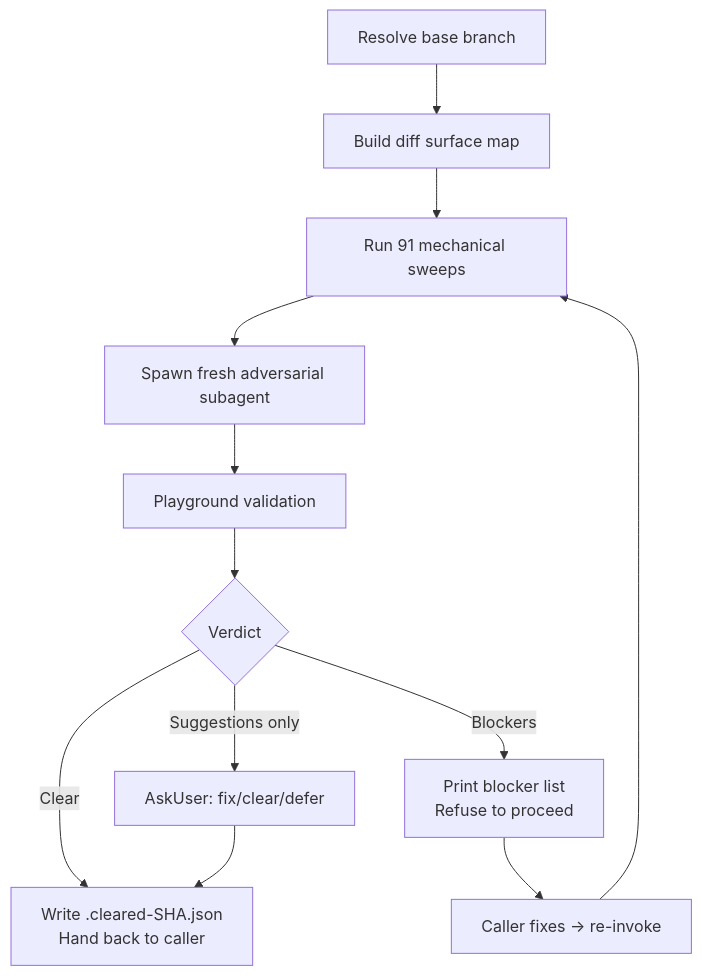
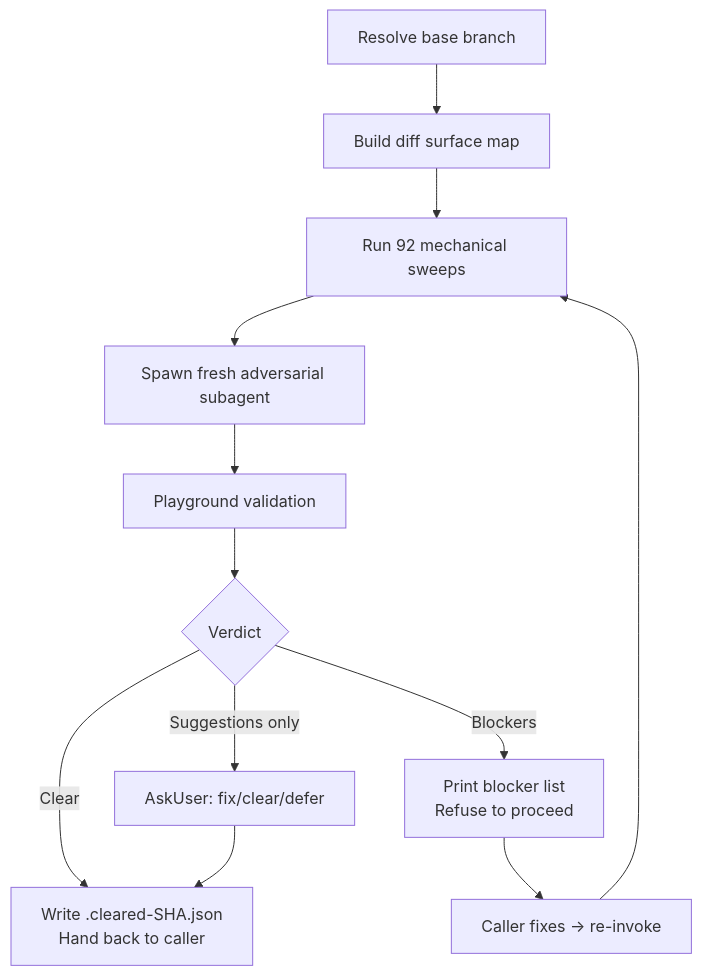
Before and after one commit to whizzzkid/skills: the diagram in skills/adversarial-review/README.md, drawn with Mermaid. The commit also changed other lines of this file and 4 other files, not shown here.

````diff
--- a/skills/adversarial-review/README.md
+++ b/skills/adversarial-review/README.md
@@ -16,14 +16,14 @@
 ```mermaid
 flowchart TD
     A[Resolve base branch] --> B[Build diff surface map]
-    B --> C[Run 91 mechanical sweeps]
+    B --> C[Run 92 mechanical sweeps]
     C --> D[Spawn fresh adversarial subagent]
     D --> E[Playground validation]
     E --> F{Verdict}
     F -->|Clear| G[Write .cleared-SHA.json<br/>Hand back to caller]
     F -->|Blockers| H[Print blocker list<br/>Refuse to proceed]
     F -->|Suggestions only| I[AskUser: fix/clear/defer]
     H --> J[Caller fixes → re-invoke]
     J --> C
     I --> G
 ```
````
